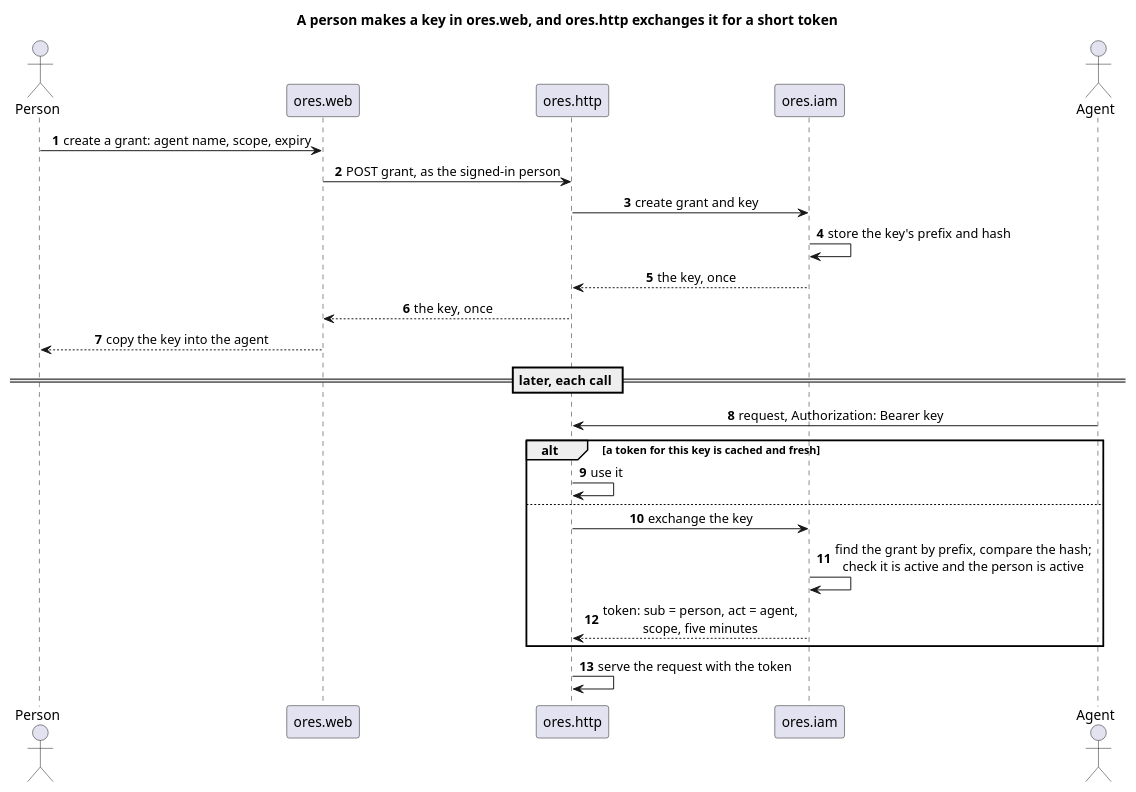
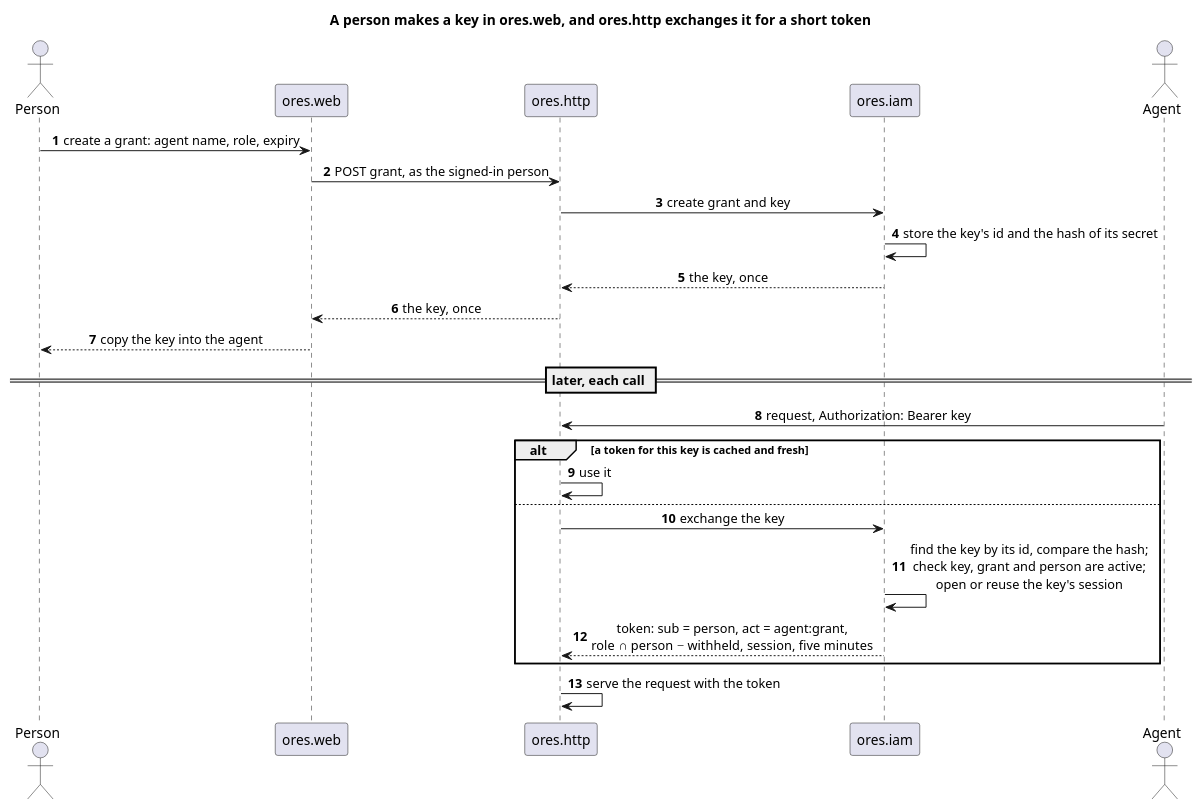
The diagram in doc/knowledge/agents/agent_key_exchange.puml (OreStudio/OreStudio), drawn with PlantUML before and after one commit. The commit also changed 27 other files, not shown here.

First line of the commit message:
[doc] Fit delegated access for LLM agents to the security architecture

```diff
--- a/doc/knowledge/agents/agent_key_exchange.puml
+++ b/doc/knowledge/agents/agent_key_exchange.puml
@@ -18,35 +18,35 @@
 @startuml
 
 title A person makes a key in ores.web, and ores.http exchanges it for a short token
 
 skinparam sequenceMessageAlign center
 skinparam responseMessageBelowArrow true
 autonumber
 
 actor "Person" as person
 participant "ores.web" as web
 participant "ores.http" as http
 participant "ores.iam" as iam
 actor "Agent" as agent
 
-person -> web : create a grant: agent name, scope, expiry
+person -> web : create a grant: agent name, role, expiry
 web -> http : POST grant, as the signed-in person
 http -> iam : create grant and key
-iam -> iam : store the key's prefix and hash
+iam -> iam : store the key's id and the hash of its secret
 iam --> http : the key, once
 http --> web : the key, once
 web --> person : copy the key into the agent
 
 == later, each call ==
 
 agent -> http : request, Authorization: Bearer key
 alt a token for this key is cached and fresh
   http -> http : use it
 else
   http -> iam : exchange the key
-  iam -> iam : find the grant by prefix, compare the hash;\ncheck it is active and the person is active
-  iam --> http : token: sub = person, act = agent,\nscope, five minutes
+  iam -> iam : find the key by its id, compare the hash;\ncheck key, grant and person are active;\nopen or reuse the key's session
+  iam --> http : token: sub = person, act = agent:grant,\nrole ∩ person − withheld, session, five minutes
 end
 http -> http : serve the request with the token
 
 @enduml
```
